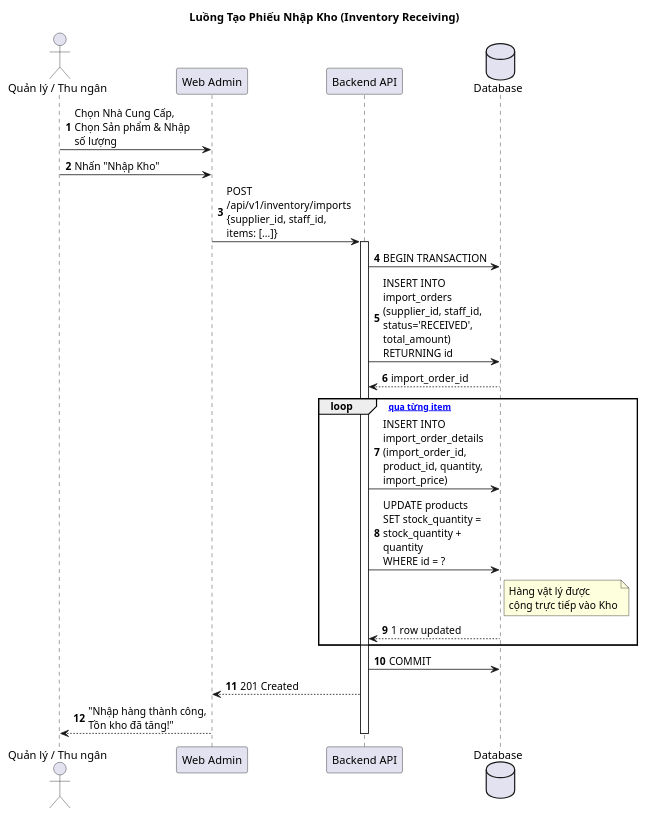
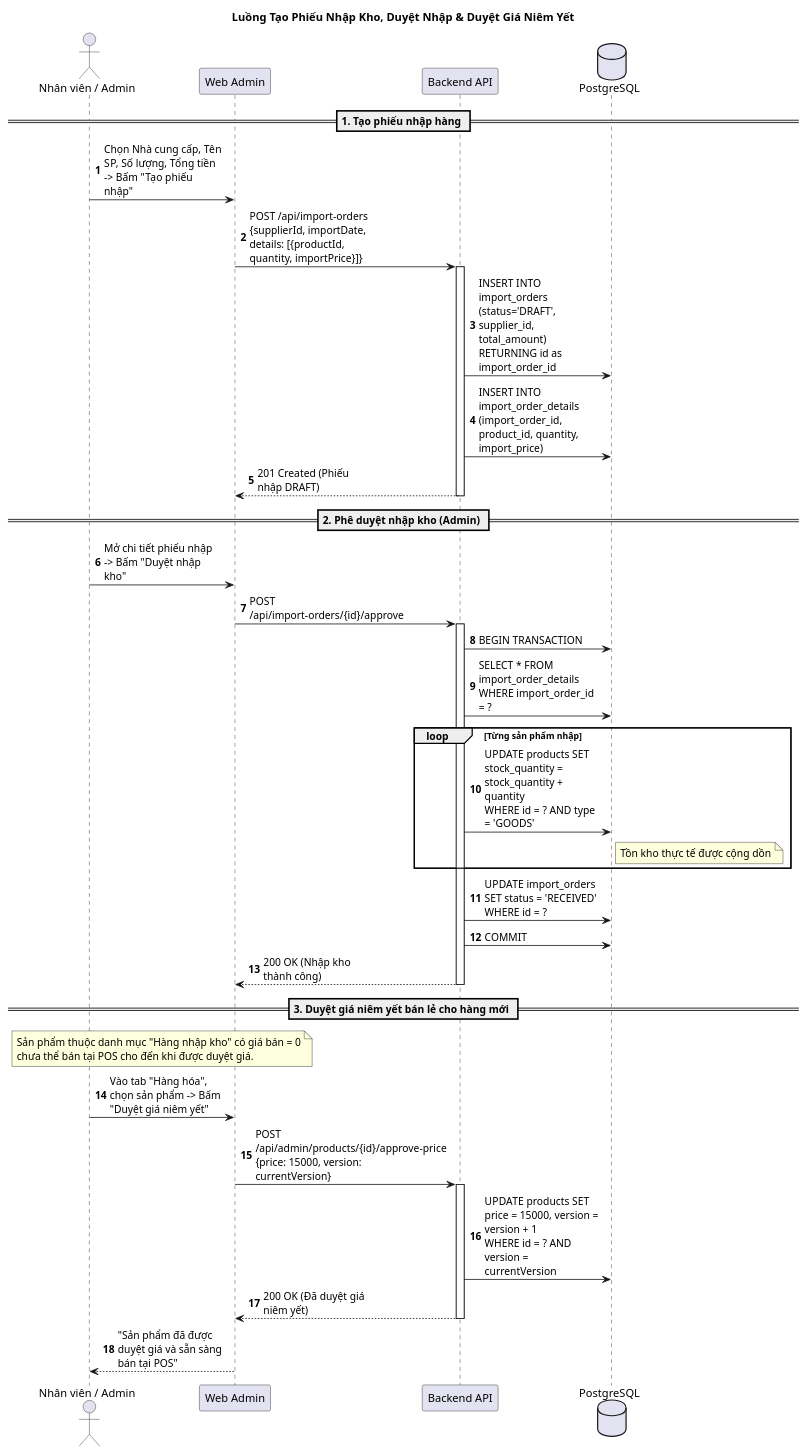
Before and after one commit to hung-it/Badminton_Court_Management: the fifth of 5 diagrams in docs/sequence.md, drawn with PlantUML. The commit also changed other lines of this file and 62 other files, not shown here.

````diff
--- a/docs/sequence.md
+++ b/docs/sequence.md
@@ -224,34 +240,46 @@
 ```plantuml
 @startuml
-title Luồng Tạo Phiếu Nhập Kho (Inventory Receiving)
+title Luồng Tạo Phiếu Nhập Kho, Duyệt Nhập & Duyệt Giá Niêm Yết
 autonumber
 skinparam maxMessageSize 150
 
-actor "Quản lý / Thu ngân" as Staff
+actor "Nhân viên / Admin" as Staff
 participant "Web Admin" as UI
 participant "Backend API" as API
-database "Database" as DB
+database "PostgreSQL" as DB
 
-Staff -> UI : Chọn Nhà Cung Cấp, Chọn Sản phẩm & Nhập số lượng
-Staff -> UI : Nhấn "Nhập Kho"
-UI -> API : POST /api/v1/inventory/imports\n{supplier_id, staff_id, items: [...]}
+== 1. Tạo phiếu nhập hàng ==
+Staff -> UI : Chọn Nhà cung cấp, Tên SP, Số lượng, Tổng tiền -> Bấm "Tạo phiếu nhập"
+UI -> API : POST /api/import-orders\n{supplierId, importDate, details: [{productId, quantity, importPrice}]}
 activate API
+API -> DB : INSERT INTO import_orders (status='DRAFT', supplier_id, total_amount)\nRETURNING id as import_order_id
+API -> DB : INSERT INTO import_order_details (import_order_id, product_id, quantity, import_price)
+API --> UI : 201 Created (Phiếu nhập DRAFT)
+deactivate API
 
+== 2. Phê duyệt nhập kho (Admin) ==
+Staff -> UI : Mở chi tiết phiếu nhập -> Bấm "Duyệt nhập kho"
+UI -> API : POST /api/import-orders/{id}/approve
+activate API
 API -> DB : BEGIN TRANSACTION
-API -> DB : INSERT INTO import_orders (supplier_id, staff_id, status='RECEIVED', total_amount)\nRETURNING id
-DB --> API : import_order_id
+API -> DB : SELECT * FROM import_order_details WHERE import_order_id = ?
+loop Từng sản phẩm nhập
+    API -> DB : UPDATE products SET stock_quantity = stock_quantity + quantity \nWHERE id = ? AND type = 'GOODS'
+    note right of DB: Tồn kho thực tế được cộng dồn
+end
+API -> DB : UPDATE import_orders SET status = 'RECEIVED' WHERE id = ?
+API -> DB : COMMIT
+API --> UI : 200 OK (Nhập kho thành công)
+deactivate API
 
-loop [Duyệt qua từng item]
-    API -> DB : INSERT INTO import_order_details (import_order_id, product_id, quantity, import_price)
-    
-    API -> DB : UPDATE products \nSET stock_quantity = stock_quantity + quantity \nWHERE id = ?
-    note right of DB: Hàng vật lý được\ncộng trực tiếp vào Kho
-    DB --> API : 1 row updated
-end
-
-API -> DB : COMMIT
-API --> UI : 201 Created
-UI --> Staff : "Nhập hàng thành công, Tồn kho đã tăng!"
+== 3. Duyệt giá niêm yết bán lẻ cho hàng mới ==
+note over Staff,UI: Sản phẩm thuộc danh mục "Hàng nhập kho" có giá bán = 0\nchưa thể bán tại POS cho đến khi được duyệt giá.
+Staff -> UI : Vào tab "Hàng hóa", chọn sản phẩm -> Bấm "Duyệt giá niêm yết"
+UI -> API : POST /api/admin/products/{id}/approve-price\n{price: 15000, version: currentVersion}
+activate API
+API -> DB : UPDATE products SET price = 15000, version = version + 1 \nWHERE id = ? AND version = currentVersion
+API --> UI : 200 OK (Đã duyệt giá niêm yết)
 deactivate API
+UI --> Staff : "Sản phẩm đã được duyệt giá và sẵn sàng bán tại POS"
 @enduml
 ```
````
